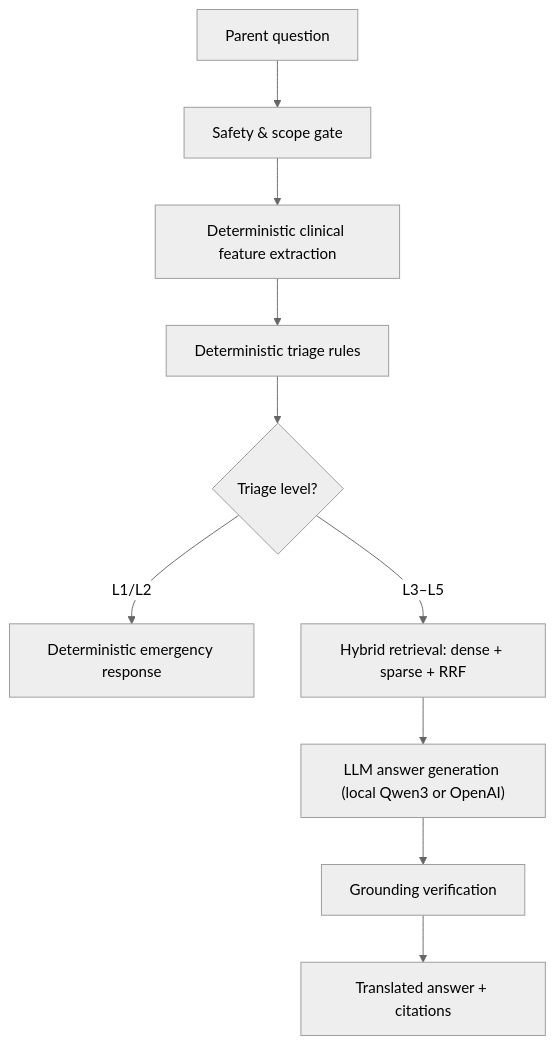
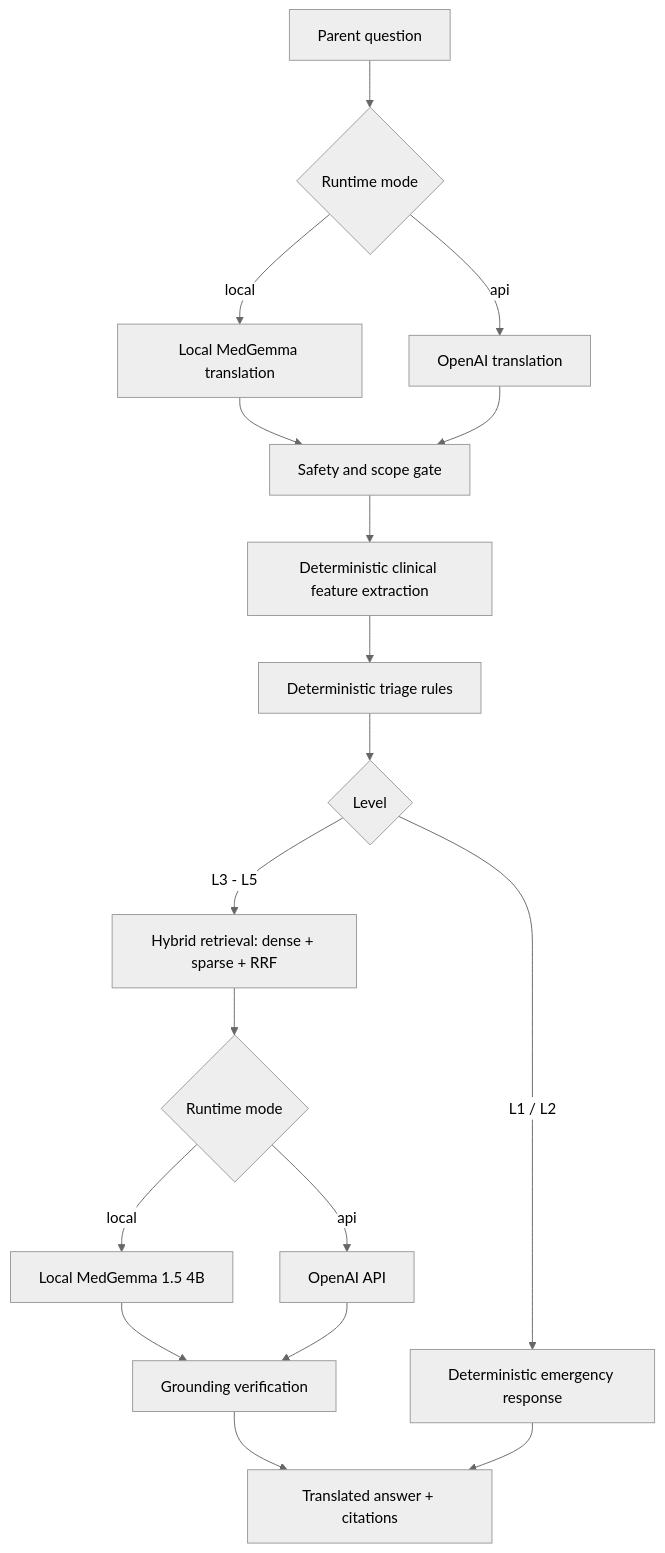
Before and after one commit to Tshoopa/MediMama: the diagram in README.md, drawn with Mermaid (neutral theme). The commit also changed other lines of this file and 50 other files, not shown here.

````diff
--- a/README.md
+++ b/README.md
@@ -99,14 +86,20 @@
 ```mermaid
 flowchart TD
-A["Parent question"] --> B["Safety & scope gate"]
-B --> C["Deterministic clinical feature extraction"]
-C --> D["Deterministic triage rules"]
-D --> E{"Triage level?"}
-
-E -->|L1/L2| F["Deterministic emergency response"]
-E -->|L3–L5| G["Hybrid retrieval: dense + sparse + RRF"]
-
-G --> H["LLM answer generation (local Qwen3 or OpenAI)"]
-H --> I["Grounding verification"]
-I --> J["Translated answer + citations"]
+    A[Parent question] --> B{Runtime mode}
+    B -->|local| C1[Local MedGemma translation]
+    B -->|api| C2[OpenAI translation]
+    C1 --> C[Safety and scope gate]
+    C2 --> C
+    C --> D[Deterministic clinical feature extraction]
+    D --> E[Deterministic triage rules]
+    E --> F{Level}
+    F -->|L1 / L2| G[Deterministic emergency response]
+    F -->|L3 - L5| H[Hybrid retrieval: dense + sparse + RRF]
+    H --> I{Runtime mode}
+    I -->|local| J[Local MedGemma 1.5 4B]
+    I -->|api| K[OpenAI API]
+    J --> L[Grounding verification]
+    K --> L
+    L --> M[Translated answer + citations]
+    G --> M
 ```
````
